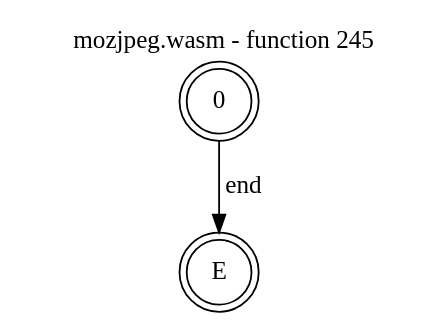
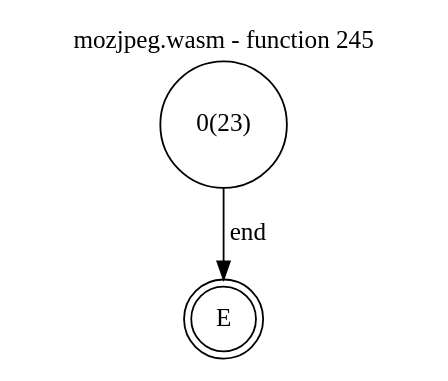
Before and after one commit to jsCarleton/wanalyze: the diagram in test_cases/mozjpeg/funcs/mozjpeg-func245.dot, drawn with Graphviz. The commit also changed 592 other files, not shown here.

```diff
--- a/test_cases/mozjpeg/funcs/mozjpeg-func245.dot
+++ b/test_cases/mozjpeg/funcs/mozjpeg-func245.dot
@@ -1,10 +1,11 @@
 digraph finite_state_machine {
     label = "mozjpeg.wasm - function 245"
     labelloc =  t
     labelfontsize = 16
     labelfontcolor = black
     labelfontname = "Helvetica"
-    node [shape = doublecircle]; 0 E ;
-    node [shape = circle];
+    node [shape = doublecircle]; E ;
+node [shape=circle, fontcolor=black, style="", label="0(23)"]0
+node [shape=circle, fontcolor=black, style="", label="E"]E
     0 -> E[label="end"];
 }
```
